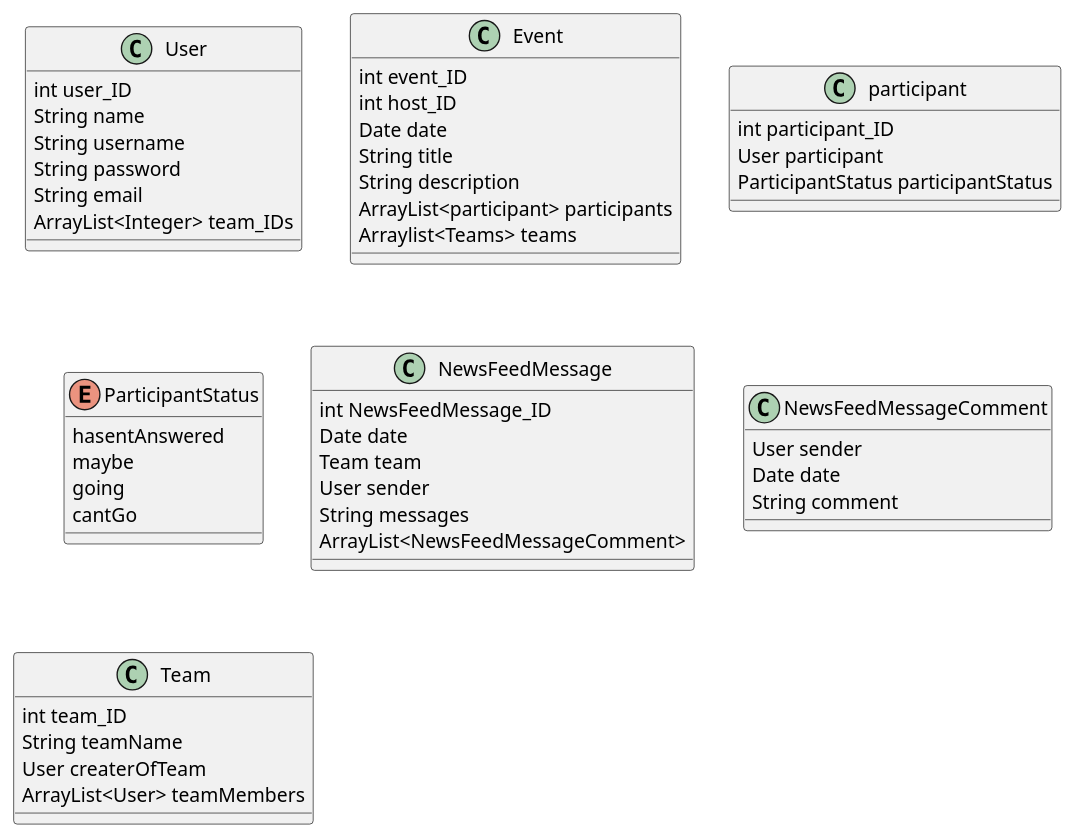
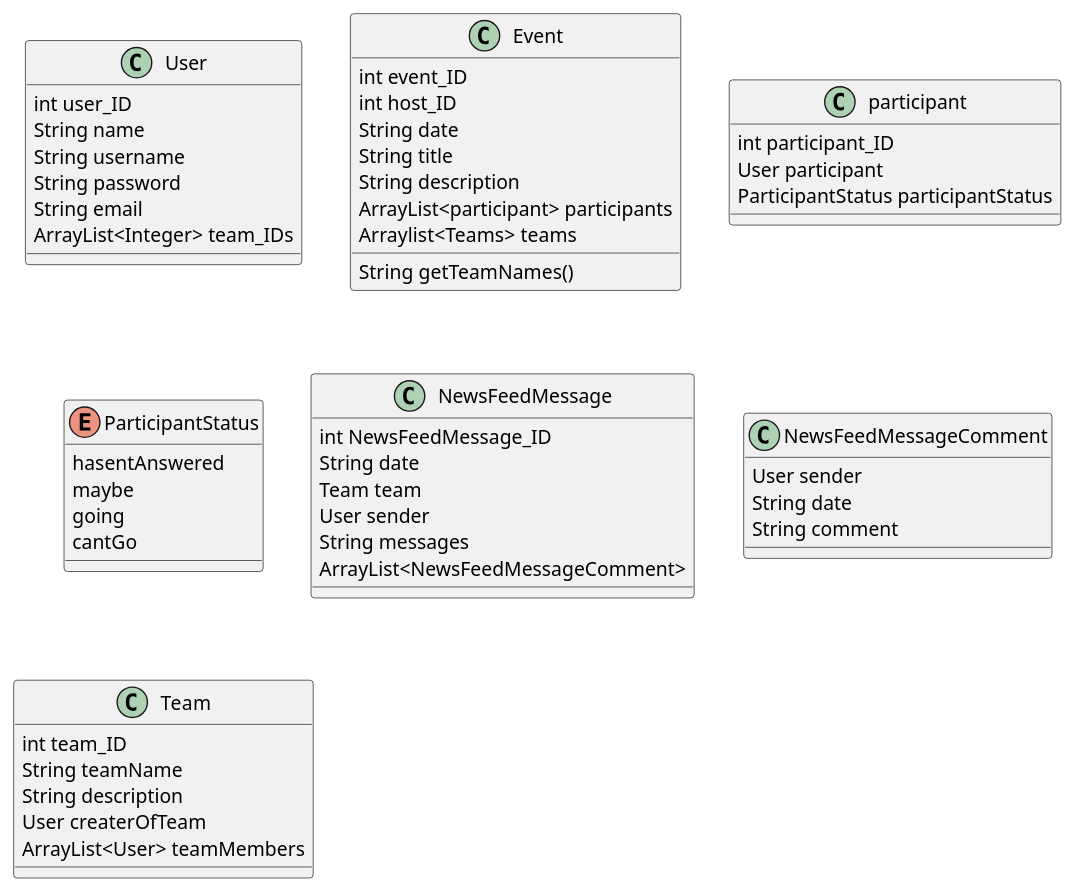
The diagram in Class diagram.wsd (Rawlpluks/HoldCord), drawn with PlantUML before and after one commit. The commit also changed 11 other files, not shown here.

```diff
--- a/Class diagram.wsd
+++ b/Class diagram.wsd
@@ -1,56 +1,59 @@
 @startuml
 class User{
     int user_ID
     String name
     String username
     String password
     String email
     ArrayList<Integer> team_IDs
 }
 
 class Event{
     int event_ID
     int host_ID
-    Date date
+    String date
     String title
     String description
     ArrayList<participant> participants
     Arraylist<Teams> teams
+
+    String getTeamNames()
 }
 
 class participant{
     int participant_ID
     User participant
     ParticipantStatus participantStatus
 }
 
 enum ParticipantStatus{
     hasentAnswered
     maybe
     going
     cantGo
 }
 
 class NewsFeedMessage{
     int NewsFeedMessage_ID
-    Date date
+    String date
     Team team
     User sender
     String messages
     ArrayList<NewsFeedMessageComment>
 }
 
 class NewsFeedMessageComment{
     User sender
-    Date date
+    String date
     String comment
 }
 
 class Team{
     int team_ID
     String teamName
+    String description
     User createrOfTeam
     ArrayList<User> teamMembers
 }
 
 @enduml
```
